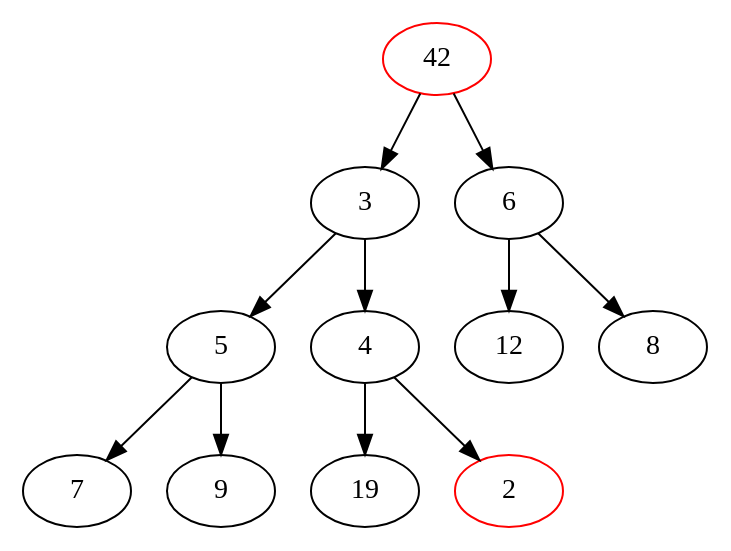
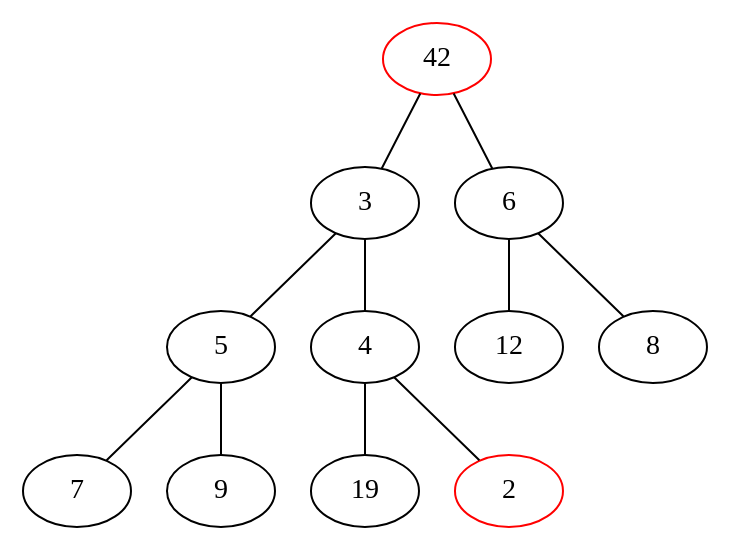
One commit to azolus/dstructOn changed the diagram in heap/assets/heap_extract_2.dot. Above: the diagram before and after it, drawn with Graphviz. The commit also changed 20 other files, not shown here.

Commit message:
docs: change graph edges from arrows to lines

```diff
--- a/heap/assets/heap_extract_2.dot
+++ b/heap/assets/heap_extract_2.dot
@@ -1,15 +1,15 @@
-strict digraph G {
+strict graph G {
 	ordering=out
 	"42" [color=red];
 	"2" [color=red];
-	42 -> 3;
-	42 -> 6;
-	3 -> 5;
-	3 -> 4;
-	6 -> 12;
-	6 -> 8;
-	5 -> 7;
-	5 -> 9;
-	4 -> 19 [odering="out"];
-	4 -> 2 [ordering="out"];
+	42 -- 3;
+	42 -- 6;
+	3 -- 5;
+	3 -- 4;
+	6 -- 12;
+	6 -- 8;
+	5 -- 7;
+	5 -- 9;
+	4 -- 19 [odering="out"];
+	4 -- 2 [ordering="out"];
 }
```
